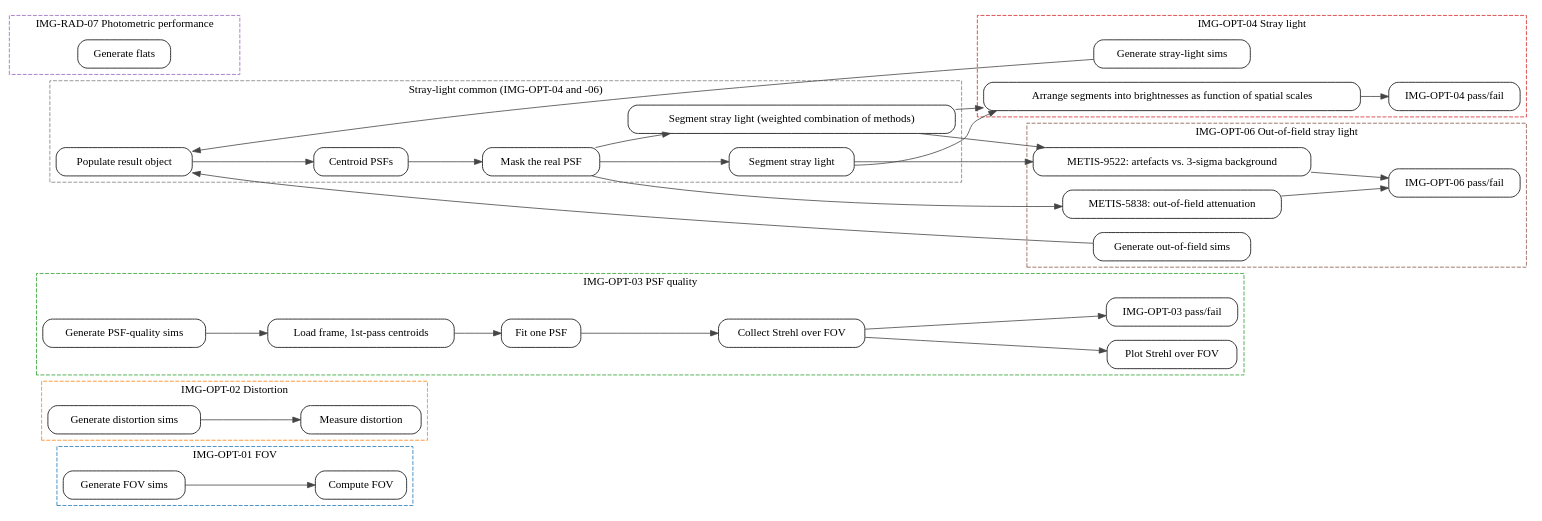
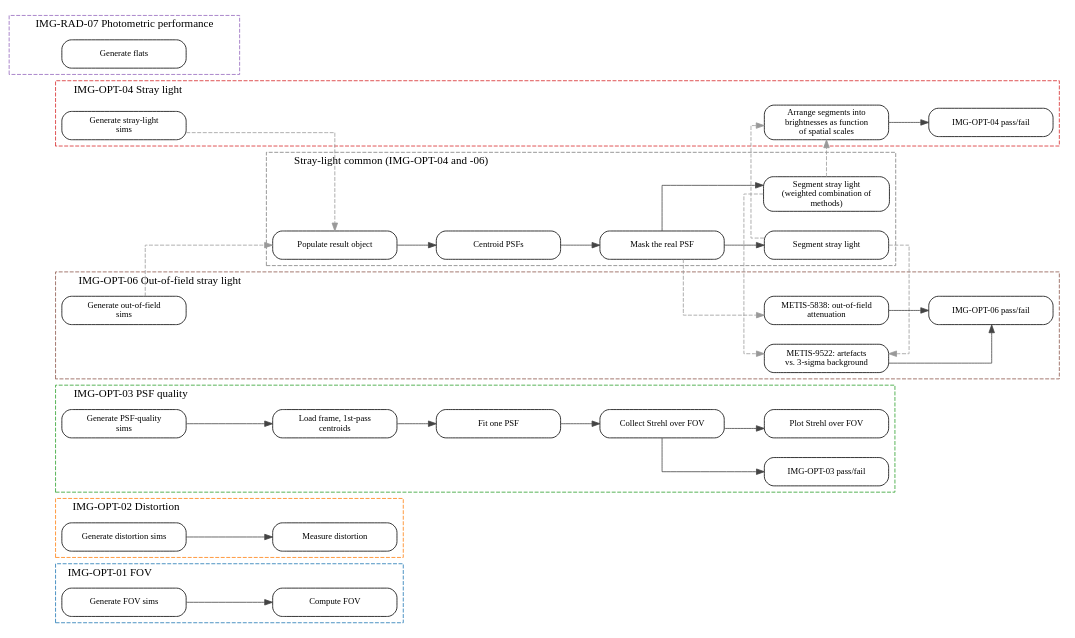
The diagram in docs/uml/pipeline_flow.dot (mwanakijiji/metis_work), drawn with Graphviz before and after one commit. The commit also changed 2 other files, not shown here.

```diff
--- a/docs/uml/pipeline_flow.dot
+++ b/docs/uml/pipeline_flow.dot
@@ -1,116 +1,151 @@
 digraph pipeline {
   rankdir=LR;
-  node [shape=box, style="rounded,filled", fillcolor="white"];
+  newrank=true;
+  splines=ortho;
+  nodesep=0.35;
+  ranksep=0.7;
+  node [shape=box, style="rounded,filled", fillcolor="white", width=2.2, fontsize=11];
   edge [color="#444444"];
 
   subgraph cluster_img_opt_01_fov {
     label="IMG-OPT-01 FOV";
+    labeljust=l;
     style="dashed";
     color="#1f77b4";
     generate_fov_sim;
     fov_calc;
   }
 
   subgraph cluster_img_opt_02_distortion {
     label="IMG-OPT-02 Distortion";
+    labeljust=l;
     style="dashed";
     color="#ff7f0e";
     generate_distortion_sim;
     image_distortion;
   }
 
   subgraph cluster_img_opt_03_psf_quality {
     label="IMG-OPT-03 PSF quality";
+    labeljust=l;
     style="dashed";
     color="#2ca02c";
     generate_psf_quality_sim;
     prepare_psf_grid;
     process_one_psf;
     collect_strehls;
     plot_strehl_fov;
     img_03_test_outcome;
   }
 
   subgraph cluster_img_opt_04_stray_light {
     label="IMG-OPT-04 Stray light";
+    labeljust=l;
     style="dashed";
     color="#d62728";
     generate_stray_light_sim;
     stray_light_brightness_spectrum;
     img_04_test_outcome;
   }
 
+  subgraph cluster_stray_light_common_img_opt_04_and__06 {
+    label="Stray-light common (IMG-OPT-04 and -06)";
+    labeljust=l;
+    style="dashed";
+    color="#7f7f7f";
+    populate_result_obj_info;
+    centroid_2passes_oversample;
+    stray_light_mask_real;
+    stray_light_segmentation;
+    stray_light_segmentation_combined;
+  }
+
   subgraph cluster_img_opt_06_out_of_field_stray_light {
     label="IMG-OPT-06 Out-of-field stray light";
+    labeljust=l;
     style="dashed";
     color="#8c564b";
     generate_out_of_field_sim;
     metis_5838_attenuation;
     metis_9522_check;
     img_06_test_outcome;
   }
 
   subgraph cluster_img_rad_07_photometric_performance {
     label="IMG-RAD-07 Photometric performance";
+    labeljust=l;
     style="dashed";
     color="#9467bd";
     make_flat_frames;
   }
 
-  subgraph cluster_stray_light_common_img_opt_04_and__06 {
-    label="Stray-light common (IMG-OPT-04 and -06)";
-    style="dashed";
-    color="#7f7f7f";
-    populate_result_obj_info;
-    centroid_2passes_oversample;
-    stray_light_mask_real;
-    stray_light_segmentation;
-    stray_light_segmentation_combined;
-  }
-
   generate_fov_sim [label="Generate FOV sims"];
   generate_distortion_sim [label="Generate distortion sims"];
-  generate_psf_quality_sim [label="Generate PSF-quality sims"];
-  generate_stray_light_sim [label="Generate stray-light sims"];
-  generate_out_of_field_sim [label="Generate out-of-field sims"];
+  generate_psf_quality_sim [label="Generate PSF-quality\nsims"];
+  generate_stray_light_sim [label="Generate stray-light\nsims"];
+  generate_out_of_field_sim [label="Generate out-of-field\nsims"];
   make_flat_frames [label="Generate flats"];
   fov_calc [label="Compute FOV"];
   image_distortion [label="Measure distortion"];
-  prepare_psf_grid [label="Load frame, 1st-pass centroids"];
+  prepare_psf_grid [label="Load frame, 1st-pass\ncentroids"];
   process_one_psf [label="Fit one PSF"];
   collect_strehls [label="Collect Strehl over FOV"];
   plot_strehl_fov [label="Plot Strehl over FOV"];
   img_03_test_outcome [label="IMG-OPT-03 pass/fail"];
-  stray_light_brightness_spectrum [label="Arrange segments into brightnesses as function of spatial scales"];
+  stray_light_brightness_spectrum [label="Arrange segments into\nbrightnesses as function\nof spatial scales"];
   img_04_test_outcome [label="IMG-OPT-04 pass/fail"];
-  metis_5838_attenuation [label="METIS-5838: out-of-field attenuation"];
-  metis_9522_check [label="METIS-9522: artefacts vs. 3-sigma background"];
+  metis_5838_attenuation [label="METIS-5838: out-of-field\nattenuation"];
+  metis_9522_check [label="METIS-9522: artefacts\nvs. 3-sigma background"];
   img_06_test_outcome [label="IMG-OPT-06 pass/fail"];
   populate_result_obj_info [label="Populate result object"];
   centroid_2passes_oversample [label="Centroid PSFs"];
   stray_light_mask_real [label="Mask the real PSF"];
   stray_light_segmentation [label="Segment stray light"];
-  stray_light_segmentation_combined [label="Segment stray light (weighted combination of methods)"];
+  stray_light_segmentation_combined [label="Segment stray light\n(weighted combination of\nmethods)"];
 
-  generate_fov_sim -> fov_calc;
-  generate_distortion_sim -> image_distortion;
-  generate_psf_quality_sim -> prepare_psf_grid;
-  prepare_psf_grid -> process_one_psf;
-  process_one_psf -> collect_strehls;
-  collect_strehls -> plot_strehl_fov;
-  collect_strehls -> img_03_test_outcome;
-  stray_light_segmentation -> stray_light_brightness_spectrum;
-  stray_light_segmentation_combined -> stray_light_brightness_spectrum;
-  stray_light_brightness_spectrum -> img_04_test_outcome;
-  stray_light_mask_real -> metis_5838_attenuation;
-  stray_light_segmentation -> metis_9522_check;
-  stray_light_segmentation_combined -> metis_9522_check;
-  metis_5838_attenuation -> img_06_test_outcome;
-  metis_9522_check -> img_06_test_outcome;
-  generate_stray_light_sim -> populate_result_obj_info;
-  generate_out_of_field_sim -> populate_result_obj_info;
-  populate_result_obj_info -> centroid_2passes_oversample;
-  centroid_2passes_oversample -> stray_light_mask_real;
-  stray_light_mask_real -> stray_light_segmentation;
-  stray_light_mask_real -> stray_light_segmentation_combined;
+  { rank=same; generate_fov_sim; generate_distortion_sim; generate_psf_quality_sim; generate_stray_light_sim; generate_out_of_field_sim; make_flat_frames; }
+  generate_fov_sim -> generate_distortion_sim [style=invis];
+  generate_distortion_sim -> generate_psf_quality_sim [style=invis];
+  generate_psf_quality_sim -> generate_stray_light_sim [style=invis];
+  generate_stray_light_sim -> generate_out_of_field_sim [style=invis];
+  generate_out_of_field_sim -> make_flat_frames [style=invis];
+  { rank=same; fov_calc; image_distortion; prepare_psf_grid; populate_result_obj_info; }
+  fov_calc -> image_distortion [style=invis];
+  image_distortion -> prepare_psf_grid [style=invis];
+  prepare_psf_grid -> populate_result_obj_info [style=invis];
+  { rank=same; process_one_psf; centroid_2passes_oversample; }
+  process_one_psf -> centroid_2passes_oversample [style=invis];
+  { rank=same; collect_strehls; stray_light_mask_real; }
+  collect_strehls -> stray_light_mask_real [style=invis];
+  { rank=same; img_03_test_outcome; plot_strehl_fov; stray_light_segmentation; stray_light_segmentation_combined; metis_5838_attenuation; }
+  img_03_test_outcome -> plot_strehl_fov [style=invis];
+  plot_strehl_fov -> stray_light_segmentation [style=invis];
+  stray_light_segmentation -> stray_light_segmentation_combined [style=invis];
+  stray_light_segmentation_combined -> metis_5838_attenuation [style=invis];
+  { rank=same; stray_light_brightness_spectrum; metis_9522_check; }
+  stray_light_brightness_spectrum -> metis_9522_check [style=invis];
+  { rank=same; img_04_test_outcome; img_06_test_outcome; }
+  img_04_test_outcome -> img_06_test_outcome [style=invis];
+
+  generate_fov_sim -> fov_calc [weight=10];
+  generate_distortion_sim -> image_distortion [weight=10];
+  generate_psf_quality_sim -> prepare_psf_grid [weight=10];
+  prepare_psf_grid -> process_one_psf [weight=10];
+  process_one_psf -> collect_strehls [weight=10];
+  collect_strehls -> plot_strehl_fov [weight=10];
+  collect_strehls -> img_03_test_outcome [weight=10];
+  stray_light_segmentation -> stray_light_brightness_spectrum [style=dashed, color="#999999", constraint=false];
+  stray_light_segmentation_combined -> stray_light_brightness_spectrum [style=dashed, color="#999999", constraint=false];
+  stray_light_brightness_spectrum -> img_04_test_outcome [weight=10];
+  stray_light_mask_real -> metis_5838_attenuation [style=dashed, color="#999999", constraint=false];
+  stray_light_segmentation -> metis_9522_check [style=dashed, color="#999999", constraint=false];
+  stray_light_segmentation_combined -> metis_9522_check [style=dashed, color="#999999", constraint=false];
+  metis_5838_attenuation -> img_06_test_outcome [weight=10];
+  metis_9522_check -> img_06_test_outcome [weight=10];
+  generate_stray_light_sim -> populate_result_obj_info [style=dashed, color="#999999", constraint=false];
+  generate_out_of_field_sim -> populate_result_obj_info [style=dashed, color="#999999", constraint=false];
+  populate_result_obj_info -> centroid_2passes_oversample [weight=10];
+  centroid_2passes_oversample -> stray_light_mask_real [weight=10];
+  stray_light_mask_real -> stray_light_segmentation [weight=10];
+  stray_light_mask_real -> stray_light_segmentation_combined [weight=10];
 }
```
